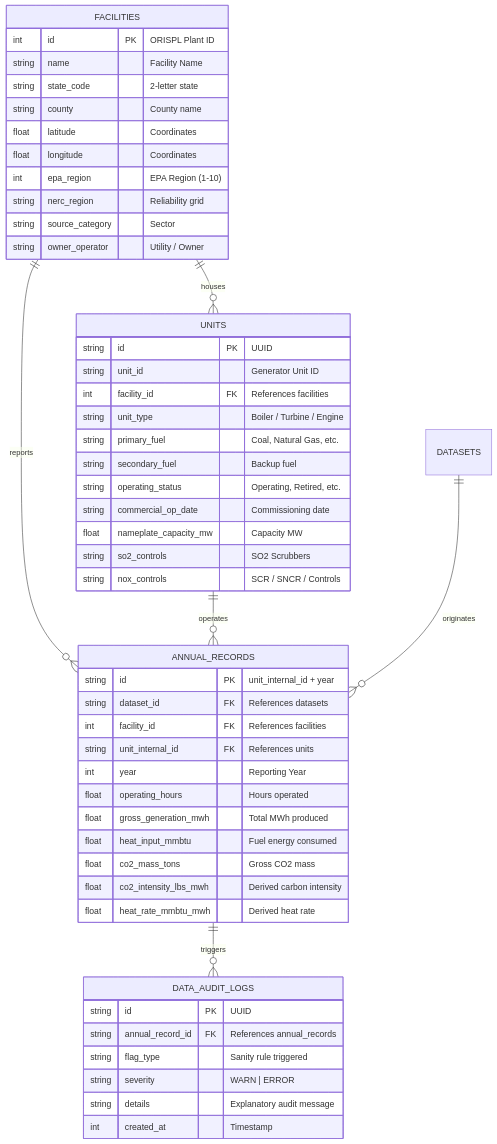
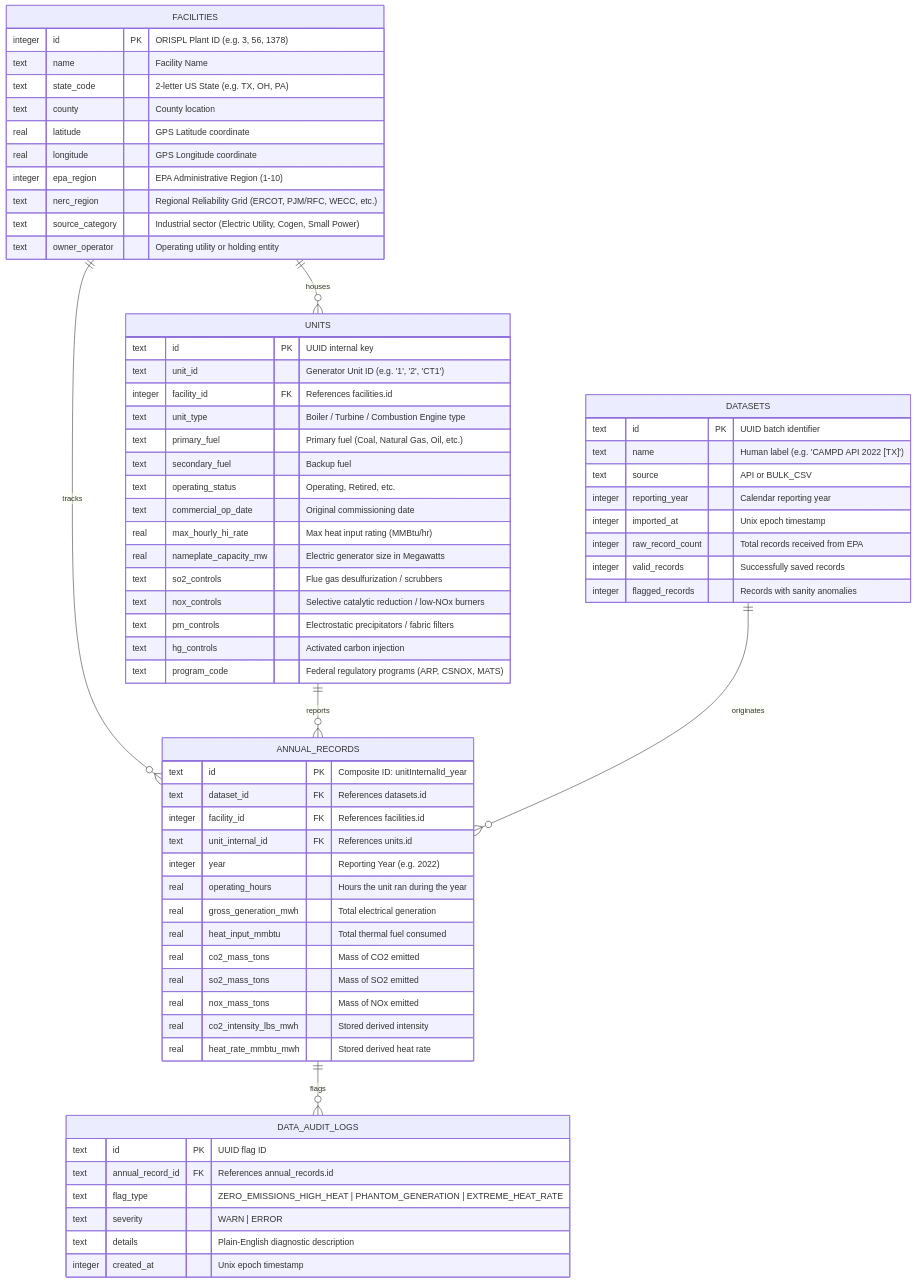
One commit to raajbanga/cs396-project changed the diagram in README.md. Above: the diagram before and after it, drawn with Mermaid. The commit also changed other lines of this file and 1 other file, not shown here.

Commit message:
Database Breakdown

````diff
--- a/README.md
+++ b/README.md
@@ -65,58 +67,75 @@
 ```mermaid
 erDiagram
     FACILITIES ||--o{ UNITS : "houses"
-    FACILITIES ||--o{ ANNUAL_RECORDS : "reports"
-    UNITS ||--o{ ANNUAL_RECORDS : "operates"
+    FACILITIES ||--o{ ANNUAL_RECORDS : "tracks"
+    UNITS ||--o{ ANNUAL_RECORDS : "reports"
     DATASETS ||--o{ ANNUAL_RECORDS : "originates"
-    ANNUAL_RECORDS ||--o{ DATA_AUDIT_LOGS : "triggers"
+    ANNUAL_RECORDS ||--o{ DATA_AUDIT_LOGS : "flags"
 
     FACILITIES {
-        int id PK "ORISPL Plant ID"
-        string name "Facility Name"
-        string state_code "2-letter state"
-        string county "County name"
-        float latitude "Coordinates"
-        float longitude "Coordinates"
-        int epa_region "EPA Region (1-10)"
-        string nerc_region "Reliability grid"
-        string source_category "Sector"
-        string owner_operator "Utility / Owner"
+        integer id PK "ORISPL Plant ID (e.g. 3, 56, 1378)"
+        text name "Facility Name"
+        text state_code "2-letter US State (e.g. TX, OH, PA)"
+        text county "County location"
+        real latitude "GPS Latitude coordinate"
+        real longitude "GPS Longitude coordinate"
+        integer epa_region "EPA Administrative Region (1-10)"
+        text nerc_region "Regional Reliability Grid (ERCOT, PJM/RFC, WECC, etc.)"
+        text source_category "Industrial sector (Electric Utility, Cogen, Small Power)"
+        text owner_operator "Operating utility or holding entity"
     }
 
     UNITS {
-        string id PK "UUID"
-        string unit_id "Generator Unit ID"
-        int facility_id FK "References facilities"
-        string unit_type "Boiler / Turbine / Engine"
-        string primary_fuel "Coal, Natural Gas, etc."
-        string secondary_fuel "Backup fuel"
-        string operating_status "Operating, Retired, etc."
-        string commercial_op_date "Commissioning date"
-        float nameplate_capacity_mw "Capacity MW"
-        string so2_controls "SO2 Scrubbers"
-        string nox_controls "SCR / SNCR / Controls"
+        text id PK "UUID internal key"
+        text unit_id "Generator Unit ID (e.g. '1', '2', 'CT1')"
+        integer facility_id FK "References facilities.id"
+        text unit_type "Boiler / Turbine / Combustion Engine type"
+        text primary_fuel "Primary fuel (Coal, Natural Gas, Oil, etc.)"
+        text secondary_fuel "Backup fuel"
+        text operating_status "Operating, Retired, etc."
+        text commercial_op_date "Original commissioning date"
+        real max_hourly_hi_rate "Max heat input rating (MMBtu/hr)"
+        real nameplate_capacity_mw "Electric generator size in Megawatts"
+        text so2_controls "Flue gas desulfurization / scrubbers"
+        text nox_controls "Selective catalytic reduction / low-NOx burners"
+        text pm_controls "Electrostatic precipitators / fabric filters"
+        text hg_controls "Activated carbon injection"
+        text program_code "Federal regulatory programs (ARP, CSNOX, MATS)"
+    }
+
+    DATASETS {
+        text id PK "UUID batch identifier"
+        text name "Human label (e.g. 'CAMPD API 2022 [TX]')"
+        text source "API or BULK_CSV"
+        integer reporting_year "Calendar reporting year"
+        integer imported_at "Unix epoch timestamp"
+        integer raw_record_count "Total records received from EPA"
+        integer valid_records "Successfully saved records"
+        integer flagged_records "Records with sanity anomalies"
     }
 
     ANNUAL_RECORDS {
-        string id PK "unit_internal_id + year"
-        string dataset_id FK "References datasets"
-        int facility_id FK "References facilities"
-        string unit_internal_id FK "References units"
-        int year "Reporting Year"
-        float operating_hours "Hours operated"
-        float gross_generation_mwh "Total MWh produced"
-        float heat_input_mmbtu "Fuel energy consumed"
-        float co2_mass_tons "Gross CO2 mass"
-        float co2_intensity_lbs_mwh "Derived carbon intensity"
-        float heat_rate_mmbtu_mwh "Derived heat rate"
+        text id PK "Composite ID: unitInternalId_year"
+        text dataset_id FK "References datasets.id"
+        integer facility_id FK "References facilities.id"
+        text unit_internal_id FK "References units.id"
+        integer year "Reporting Year (e.g. 2022)"
+        real operating_hours "Hours the unit ran during the year"
+        real gross_generation_mwh "Total electrical generation"
+        real heat_input_mmbtu "Total thermal fuel consumed"
+        real co2_mass_tons "Mass of CO2 emitted"
+        real so2_mass_tons "Mass of SO2 emitted"
+        real nox_mass_tons "Mass of NOx emitted"
+        real co2_intensity_lbs_mwh "Stored derived intensity"
+        real heat_rate_mmbtu_mwh "Stored derived heat rate"
     }
 
     DATA_AUDIT_LOGS {
-        string id PK "UUID"
-        string annual_record_id FK "References annual_records"
-        string flag_type "Sanity rule triggered"
-        string severity "WARN | ERROR"
-        string details "Explanatory audit message"
-        int created_at "Timestamp"
+        text id PK "UUID flag ID"
+        text annual_record_id FK "References annual_records.id"
+        text flag_type "ZERO_EMISSIONS_HIGH_HEAT | PHANTOM_GENERATION | EXTREME_HEAT_RATE"
+        text severity "WARN | ERROR"
+        text details "Plain-English diagnostic description"
+        integer created_at "Unix epoch timestamp"
     }
 ```
````
